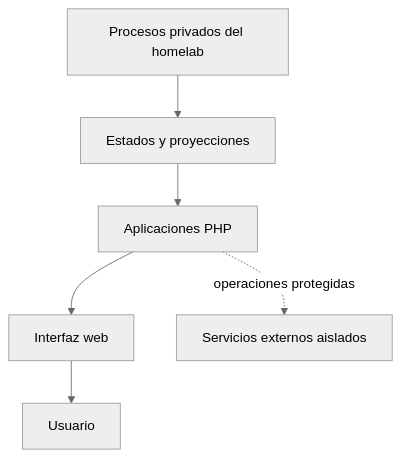
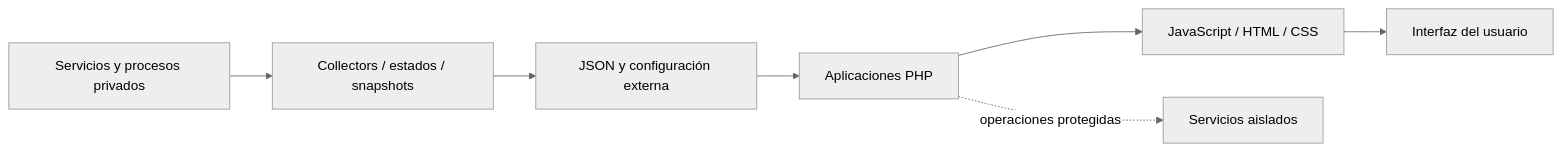
The diagram in README.md (ProgDeveloperr/homelab-infrastructure), drawn with Mermaid (neutral theme) before and after one commit. The commit also changed other lines of this file and 15 other files, not shown here.

````diff
--- a/README.md
+++ b/README.md
@@ -22,8 +80,9 @@
 ```mermaid
-flowchart TD
-    A[Procesos privados del homelab] --> B[Estados y proyecciones]
-    B --> C[Aplicaciones PHP]
-    C --> D[Interfaz web]
-    D --> E[Usuario]
-    C -. operaciones protegidas .-> F[Servicios externos aislados]
+flowchart LR
+    A[Servicios y procesos privados] --> B[Collectors / estados / snapshots]
+    B --> C[JSON y configuración externa]
+    C --> D[Aplicaciones PHP]
+    D --> E[JavaScript / HTML / CSS]
+    E --> F[Interfaz del usuario]
+    D -. operaciones protegidas .-> G[Servicios aislados]
 ```
````
